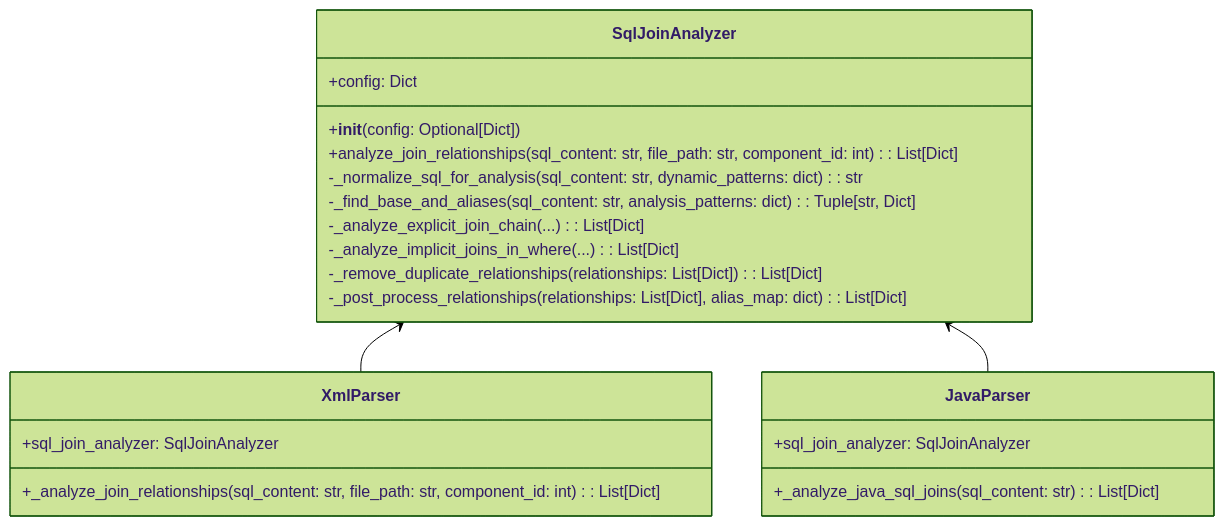
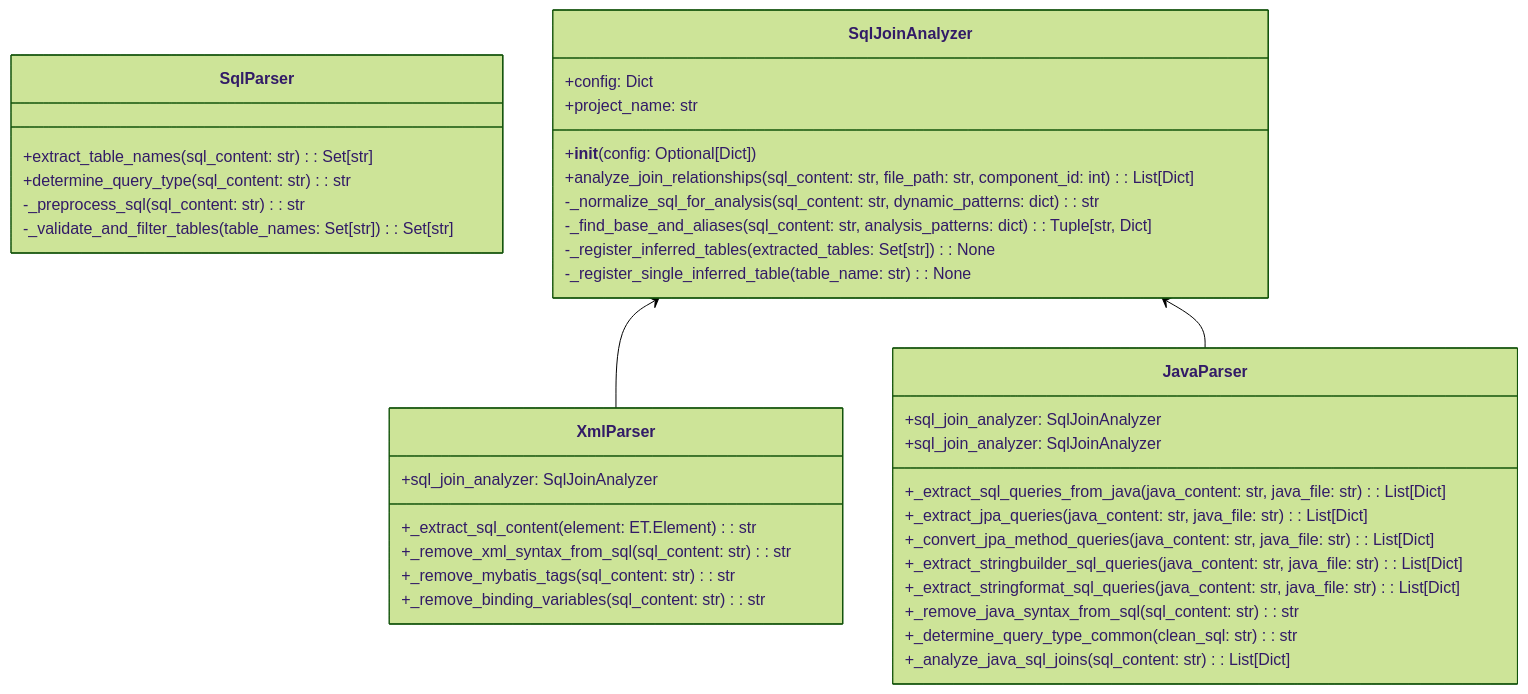
Before and after one commit to kumtaek/CreateMetaDb: the second of 5 diagrams in docs/07.SQL공통파서_구현서.md, drawn with Mermaid (forest theme). The commit also changed other lines of this file and 54 other files, not shown here.

````diff
--- a/docs/07.SQL공통파서_구현서.md
+++ b/docs/07.SQL공통파서_구현서.md
@@ -32,27 +91,47 @@
 ```mermaid
 classDiagram
+    class SqlParser {
+        +extract_table_names(sql_content: str): Set[str]
+        +determine_query_type(sql_content: str): str
+        -_preprocess_sql(sql_content: str): str
+        -_validate_and_filter_tables(table_names: Set[str]): Set[str]
+    }
+    
     class SqlJoinAnalyzer {
         +config: Dict
+        +project_name: str
         +__init__(config: Optional[Dict])
         +analyze_join_relationships(sql_content: str, file_path: str, component_id: int): List[Dict]
         -_normalize_sql_for_analysis(sql_content: str, dynamic_patterns: dict): str
         -_find_base_and_aliases(sql_content: str, analysis_patterns: dict): Tuple[str, Dict]
-        -_analyze_explicit_join_chain(...): List[Dict]
-        -_analyze_implicit_joins_in_where(...): List[Dict]
-        -_remove_duplicate_relationships(relationships: List[Dict]): List[Dict]
-        -_post_process_relationships(relationships: List[Dict], alias_map: dict): List[Dict]
+        -_register_inferred_tables(extracted_tables: Set[str]): None
+        -_register_single_inferred_table(table_name: str): None
+    }
+    
+    class JavaParser {
+        +sql_join_analyzer: SqlJoinAnalyzer
+        +_extract_sql_queries_from_java(java_content: str, java_file: str): List[Dict]
+        +_extract_jpa_queries(java_content: str, java_file: str): List[Dict]
+        +_convert_jpa_method_queries(java_content: str, java_file: str): List[Dict]
+        +_extract_stringbuilder_sql_queries(java_content: str, java_file: str): List[Dict]
+        +_extract_stringformat_sql_queries(java_content: str, java_file: str): List[Dict]
+        +_remove_java_syntax_from_sql(sql_content: str): str
+        +_determine_query_type_common(clean_sql: str): str
     }
     
     class XmlParser {
         +sql_join_analyzer: SqlJoinAnalyzer
-        +_analyze_join_relationships(sql_content: str, file_path: str, component_id: int): List[Dict]
+        +_extract_sql_content(element: ET.Element): str
+        +_remove_xml_syntax_from_sql(sql_content: str): str
+        +_remove_mybatis_tags(sql_content: str): str
+        +_remove_binding_variables(sql_content: str): str
     }
     
     class JavaParser {
         +sql_join_analyzer: SqlJoinAnalyzer
         +_analyze_java_sql_joins(sql_content: str): List[Dict]
     }
     
     SqlJoinAnalyzer <-- XmlParser
     SqlJoinAnalyzer <-- JavaParser
 ```
````
